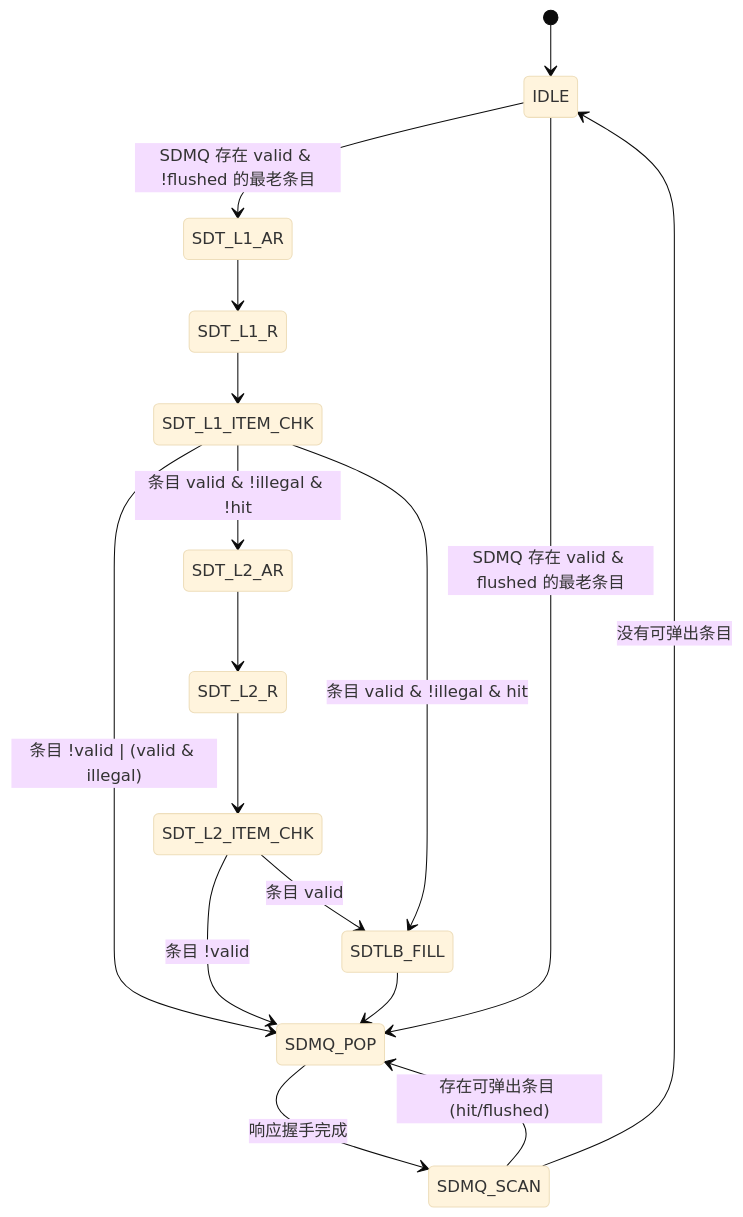
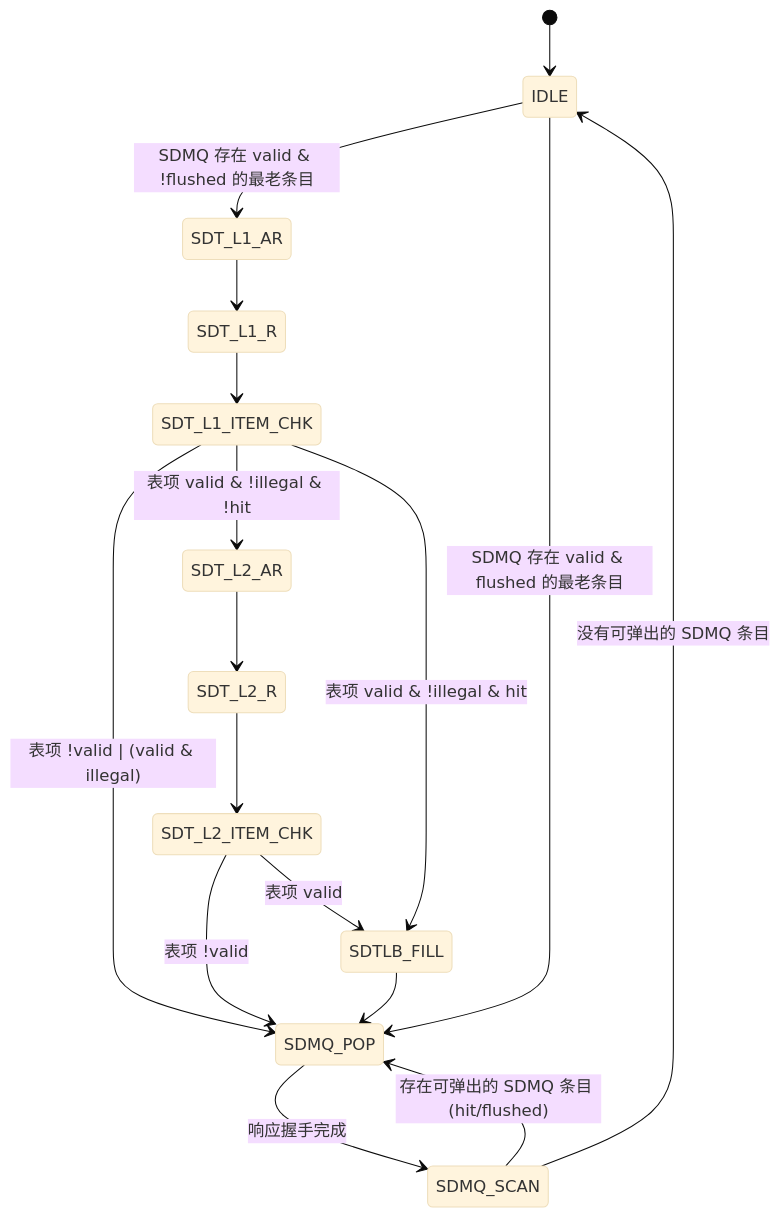
The third of 5 diagrams in doc/design_plan/SDecoder 设计方案 v1.0.md (DuBirdFly/C1_SDecoder), drawn with Mermaid (base theme) before and after one commit. The commit also changed other lines of this file, not shown here.

Commit message:
docs(design): 状态机图用表项指代 PTE, 去掉条目含义注

````diff
--- a/doc/design_plan/SDecoder 设计方案 v1.0.md
+++ b/doc/design_plan/SDecoder 设计方案 v1.0.md
@@ -290,19 +290,19 @@
 ```mermaid
 stateDiagram-v2
     [*] --> IDLE
     IDLE --> SDT_L1_AR: SDMQ 存在 valid & !flushed 的最老条目
     IDLE --> SDMQ_POP: SDMQ 存在 valid & flushed 的最老条目
     SDT_L1_AR --> SDT_L1_R
     SDT_L1_R --> SDT_L1_ITEM_CHK
-    SDT_L1_ITEM_CHK --> SDMQ_POP: 条目 !valid | (valid & illegal)
-    SDT_L1_ITEM_CHK --> SDT_L2_AR: 条目 valid & !illegal & !hit
-    SDT_L1_ITEM_CHK --> SDTLB_FILL: 条目 valid & !illegal & hit
+    SDT_L1_ITEM_CHK --> SDMQ_POP: 表项 !valid | (valid & illegal)
+    SDT_L1_ITEM_CHK --> SDT_L2_AR: 表项 valid & !illegal & !hit
+    SDT_L1_ITEM_CHK --> SDTLB_FILL: 表项 valid & !illegal & hit
     SDT_L2_AR --> SDT_L2_R
     SDT_L2_R --> SDT_L2_ITEM_CHK
-    SDT_L2_ITEM_CHK --> SDMQ_POP: 条目 !valid
-    SDT_L2_ITEM_CHK --> SDTLB_FILL: 条目 valid
+    SDT_L2_ITEM_CHK --> SDMQ_POP: 表项 !valid
+    SDT_L2_ITEM_CHK --> SDTLB_FILL: 表项 valid
     SDTLB_FILL --> SDMQ_POP
-    SDMQ_SCAN --> SDMQ_POP: 存在可弹出条目 (hit/flushed)
-    SDMQ_SCAN --> IDLE: 没有可弹出条目
+    SDMQ_SCAN --> SDMQ_POP: 存在可弹出的 SDMQ 条目 (hit/flushed)
+    SDMQ_SCAN --> IDLE: 没有可弹出的 SDMQ 条目
     SDMQ_POP --> SDMQ_SCAN: 响应握手完成
 ```
````
